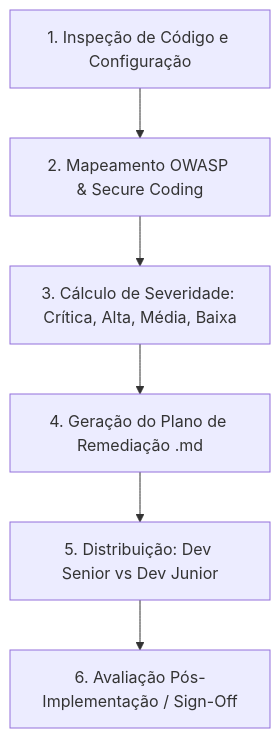
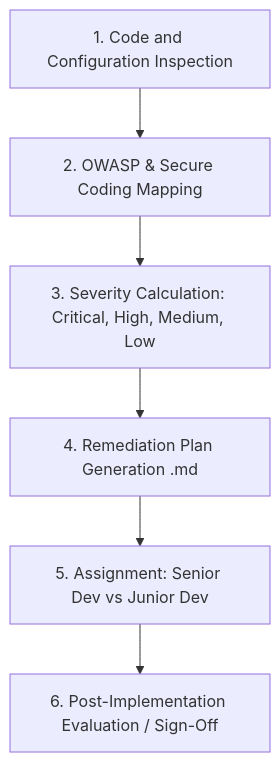
The diagram in .agents/skills/security-specialist/SKILL.md (petherbcl/DevAgent), drawn with Mermaid before and after one commit. The commit also changed other lines of this file and 24 other files, not shown here.

````diff
--- a/.agents/skills/security-specialist/SKILL.md
+++ b/.agents/skills/security-specialist/SKILL.md
@@ -28,8 +28,8 @@
 ```mermaid
 flowchart TD
-    Scan[1. Inspeção de Código e Configuração] --> OWASPCheck[2. Mapeamento OWASP & Secure Coding]
-    OWASPCheck --> RiskCalc[3. Cálculo de Severidade: Crítica, Alta, Média, Baixa]
-    RiskCalc --> PlanGen[4. Geração do Plano de Remediação .md]
-    PlanGen --> TaskAssign[5. Distribuição: Dev Senior vs Dev Junior]
-    TaskAssign --> PostReview[6. Avaliação Pós-Implementação / Sign-Off]
+    Scan[1. Code and Configuration Inspection] --> OWASPCheck[2. OWASP & Secure Coding Mapping]
+    OWASPCheck --> RiskCalc[3. Severity Calculation: Critical, High, Medium, Low]
+    RiskCalc --> PlanGen[4. Remediation Plan Generation .md]
+    PlanGen --> TaskAssign[5. Assignment: Senior Dev vs Junior Dev]
+    TaskAssign --> PostReview[6. Post-Implementation Evaluation / Sign-Off]
 ```
````
